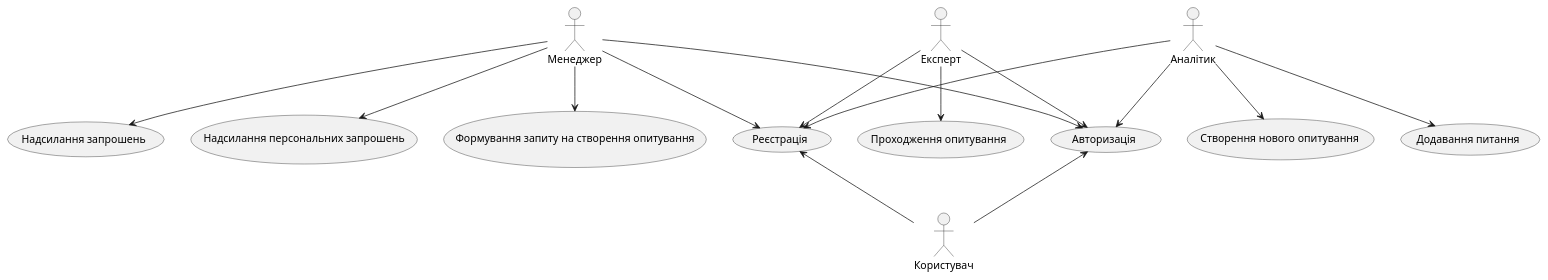
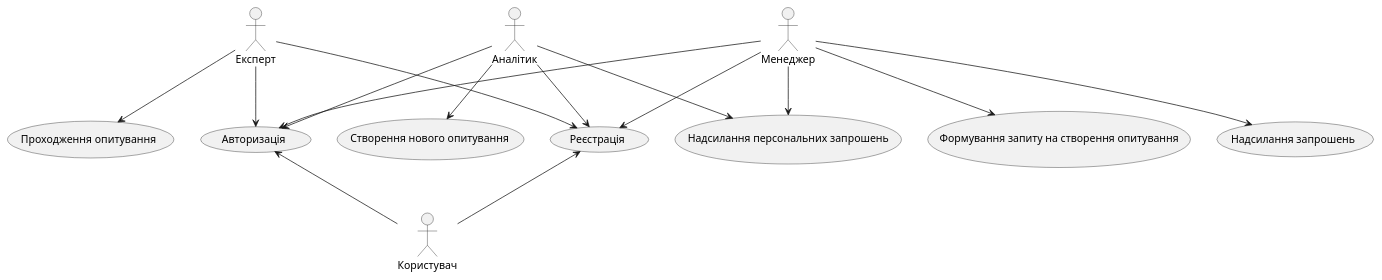
One commit to anrysliusar/SurvExp changed the diagram in src/uml/use-cases/general-diagram-of-use-cases-with-all-connections.puml. Above: the diagram before and after it, drawn with PlantUML.

```diff
--- a/src/uml/use-cases/general-diagram-of-use-cases-with-all-connections.puml
+++ b/src/uml/use-cases/general-diagram-of-use-cases-with-all-connections.puml
@@ -1,37 +1,36 @@
 @startuml
 
     actor "Користувач" as User
 
     actor "Менеджер" as Manager
     actor "Аналітик" as Analyst
     actor "Експерт" as Expert
     
 
     usecase "Реєстрація" as SE_11
     usecase "Створення нового опитування" as SE_12
     usecase "Надсилання запрошень" as SE_13
     usecase "Надсилання персональних запрошень" as SE_14
-    usecase "Додавання питання" as SE_15
-    usecase "Проходження опитування" as SE_16
-    usecase "Авторизація" as SE_17
-    usecase "Формування запиту на створення опитування" as SE_18
+    usecase "Проходження опитування" as SE_15
+    usecase "Авторизація" as SE_16
+    usecase "Формування запиту на створення опитування" as SE_17
     
     User -u-> SE_11
-    User -u-> SE_17
+    User -u-> SE_16
     
     Manager --> SE_11
-    Manager --> SE_17
+    Manager --> SE_16
     Manager --> SE_13
     Manager --> SE_14
-    Manager --> SE_18
+    Manager --> SE_17
 
     Analyst --> SE_11
-    Analyst --> SE_17
+    Analyst --> SE_16
     Analyst --> SE_12
-    Analyst --> SE_15
+    Analyst --> SE_14
 
     Expert --> SE_11
-    Expert --> SE_17
     Expert --> SE_16
+    Expert --> SE_15
 
 @enduml
```
